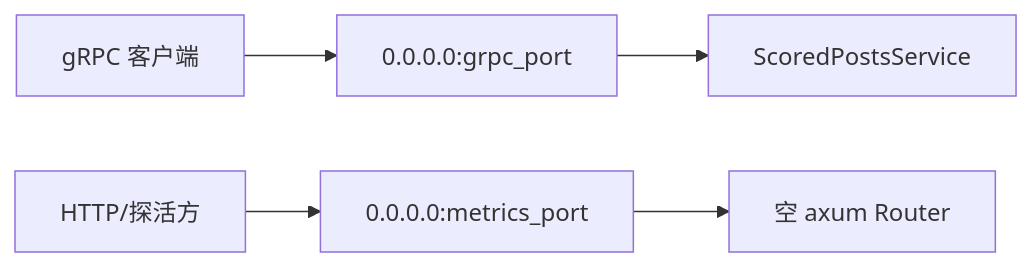
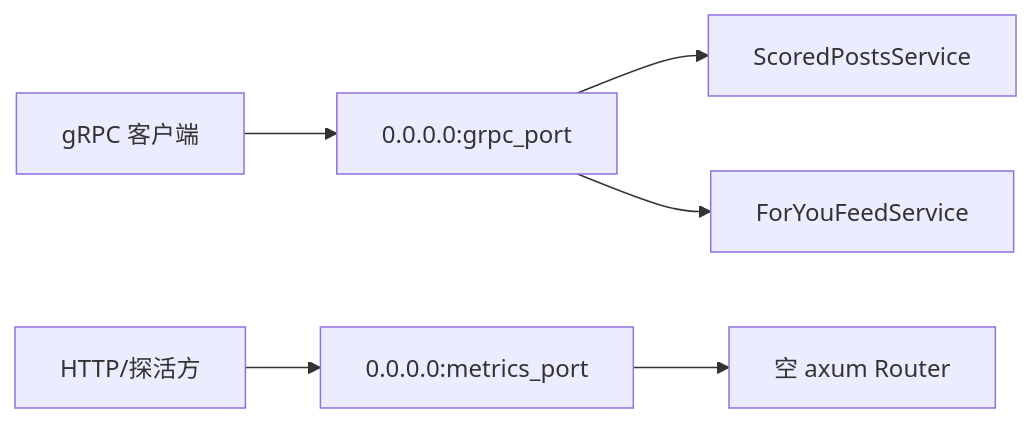
Before and after one commit to freefcw/x-algorithm: the second of 3 diagrams in docs/home-mixer/07-config-and-params.md, drawn with Mermaid. The commit also changed other lines of this file and 24 other files, not shown here.

````diff
--- a/docs/home-mixer/07-config-and-params.md
+++ b/docs/home-mixer/07-config-and-params.md
@@ -96,8 +132,9 @@
 ```mermaid
 flowchart LR
     Client1["gRPC 客户端"] --> G["0.0.0.0:grpc_port"]
     Client2["HTTP/探活方"] --> H["0.0.0.0:metrics_port"]
 
     G --> S["ScoredPostsService"]
+    G --> F["ForYouFeedService"]
     H --> R["空 axum Router"]
 ```
````
